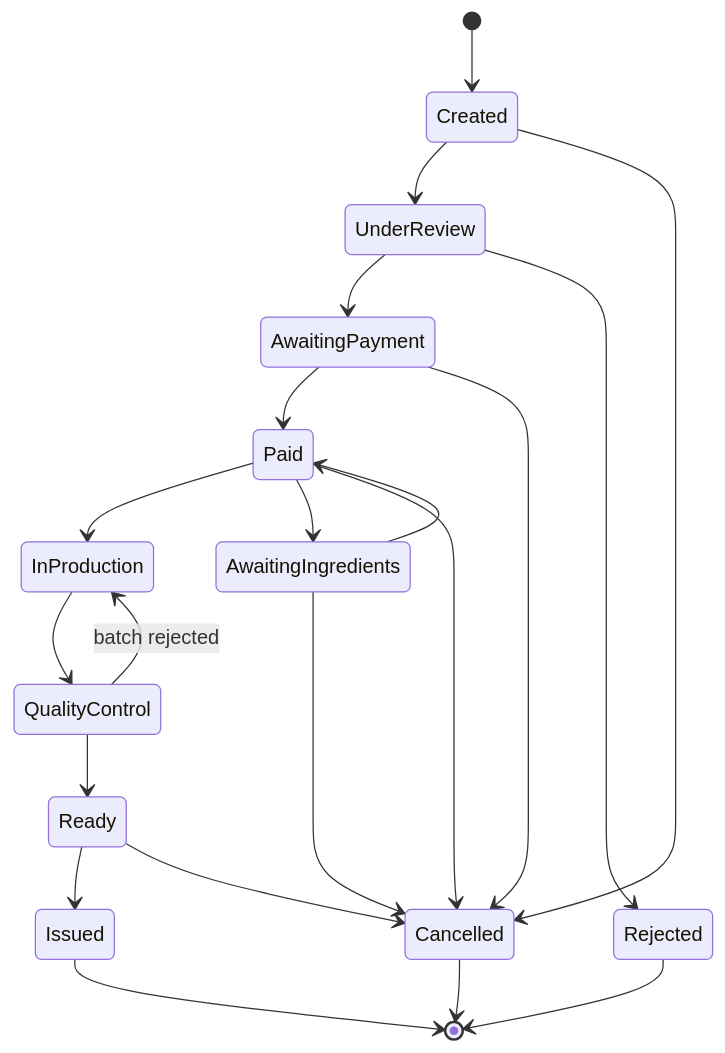
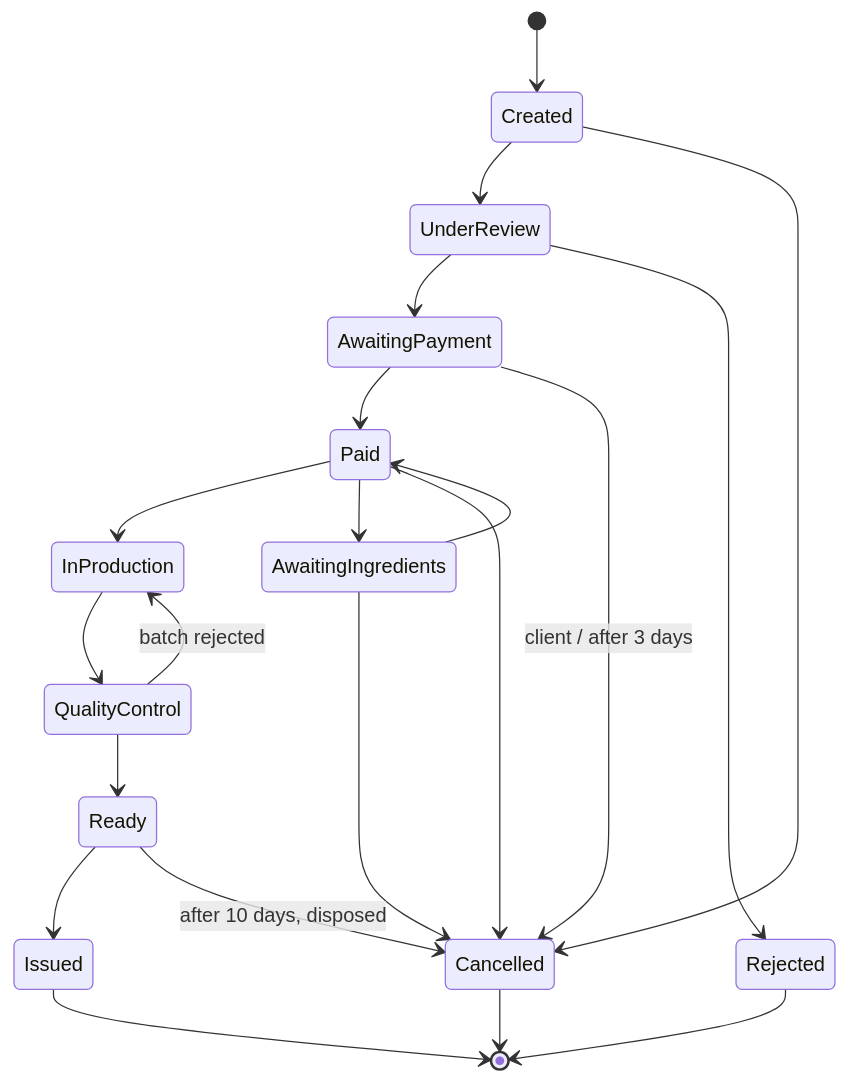
Before and after one commit to snpkhy/pharmacy_compounding: the fourth of 4 diagrams in docs/ARCHITECTURE.md, drawn with Mermaid. The commit also changed other lines of this file and 25 other files, not shown here.

````diff
--- a/docs/ARCHITECTURE.md
+++ b/docs/ARCHITECTURE.md
@@ -107,23 +107,23 @@
 ```mermaid
 stateDiagram-v2
     [*] --> Created
     Created --> UnderReview
     Created --> Cancelled
     UnderReview --> AwaitingPayment
     UnderReview --> Rejected
     AwaitingPayment --> Paid
-    AwaitingPayment --> Cancelled
+    AwaitingPayment --> Cancelled : client / after 3 days
     Paid --> InProduction
     Paid --> AwaitingIngredients
     Paid --> Cancelled
     AwaitingIngredients --> Paid
     AwaitingIngredients --> Cancelled
     InProduction --> QualityControl
     QualityControl --> Ready
     QualityControl --> InProduction : batch rejected
     Ready --> Issued
-    Ready --> Cancelled
+    Ready --> Cancelled : after 10 days, disposed
     Rejected --> [*]
     Issued --> [*]
     Cancelled --> [*]
 ```
````
